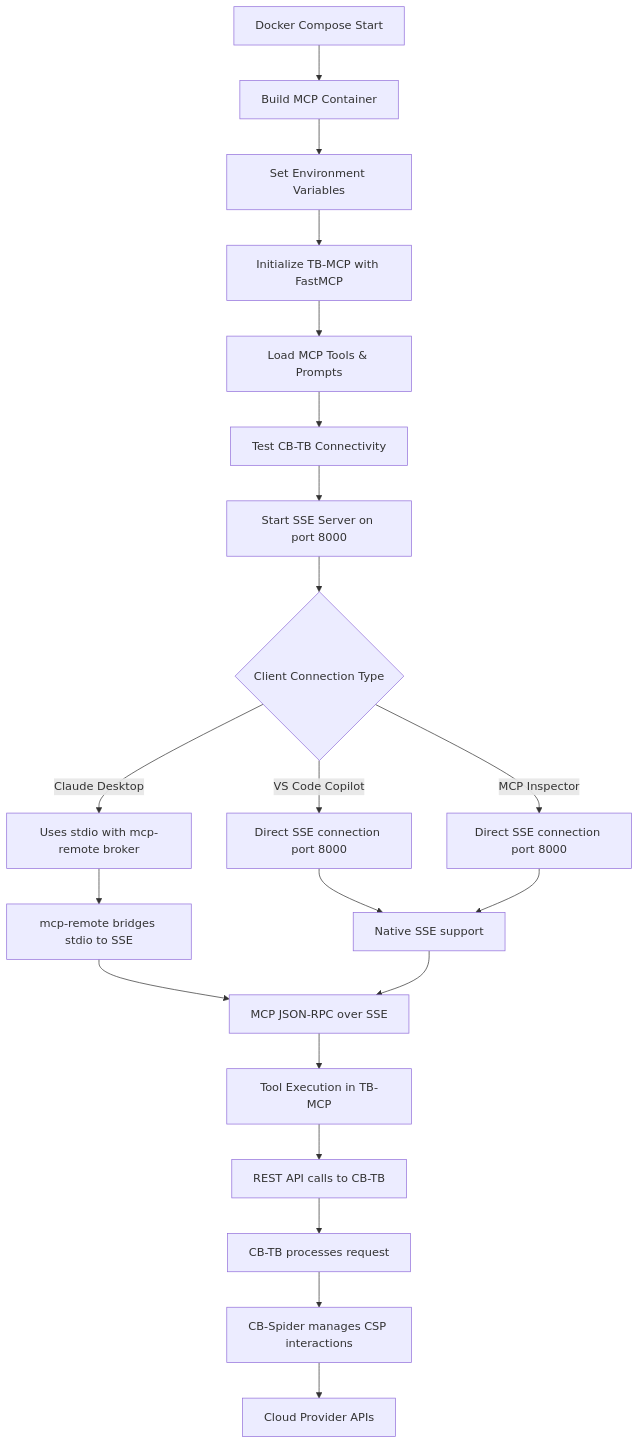
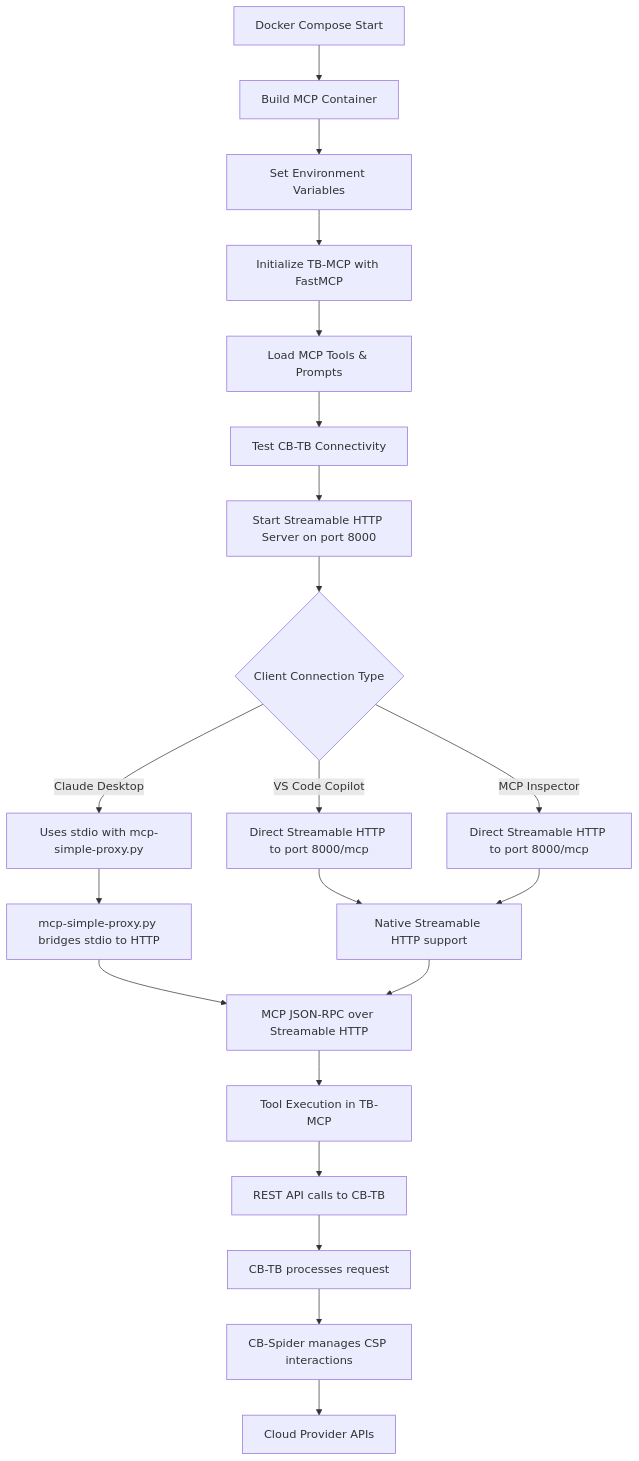
The seventh of 7 diagrams in src/interface/mcp/architecture.md (cloud-barista/cb-tumblebug), drawn with Mermaid before and after one commit. The commit also changed other lines of this file and 7 other files, not shown here.

Commit message:
Change MCP transport from SSE to HTTP

````diff
--- a/src/interface/mcp/architecture.md
+++ b/src/interface/mcp/architecture.md
@@ -286,26 +282,26 @@
 ```mermaid
 flowchart TD
     A[Docker Compose Start] --> B[Build MCP Container]
     B --> C[Set Environment Variables]
     C --> D[Initialize TB-MCP with FastMCP]
     D --> E[Load MCP Tools & Prompts]
     E --> F[Test CB-TB Connectivity]
-    F --> G[Start SSE Server on port 8000]
+    F --> G[Start Streamable HTTP Server on port 8000]
     
     G --> H{Client Connection Type}
-    H -->|Claude Desktop| I[Uses stdio with mcp-remote broker]
-    H -->|VS Code Copilot| J[Direct SSE connection port 8000]
-    H -->|MCP Inspector| K[Direct SSE connection port 8000]
+    H -->|Claude Desktop| I[Uses stdio with mcp-simple-proxy.py]
+    H -->|VS Code Copilot| J[Direct Streamable HTTP to port 8000/mcp]
+    H -->|MCP Inspector| K[Direct Streamable HTTP to port 8000/mcp]
     
-    I --> L[mcp-remote bridges stdio to SSE]
-    J --> M[Native SSE support]
+    I --> L[mcp-simple-proxy.py bridges stdio to HTTP]
+    J --> M[Native Streamable HTTP support]
     K --> M
     
-    L --> N[MCP JSON-RPC over SSE]
+    L --> N[MCP JSON-RPC over Streamable HTTP]
     M --> N
     N --> O[Tool Execution in TB-MCP]
     O --> P[REST API calls to CB-TB]
     P --> Q[CB-TB processes request]
     Q --> R[CB-Spider manages CSP interactions]
     R --> S[Cloud Provider APIs]
 ```
````
